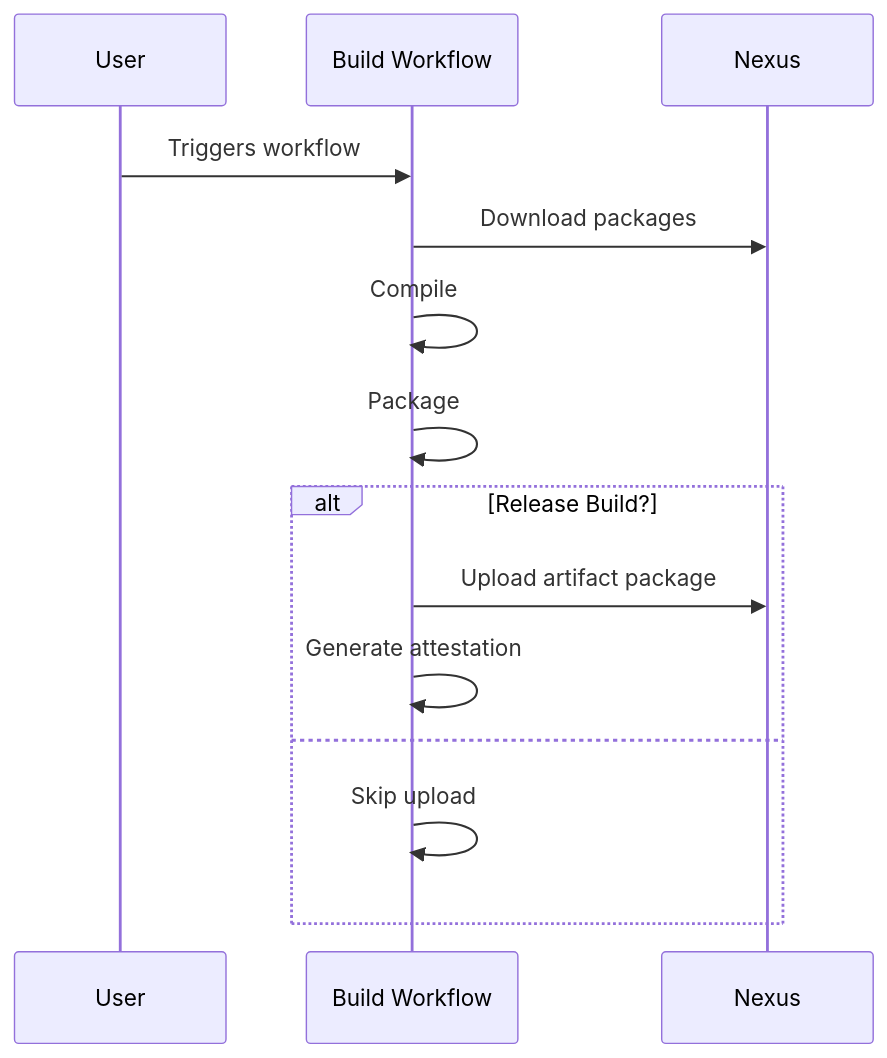
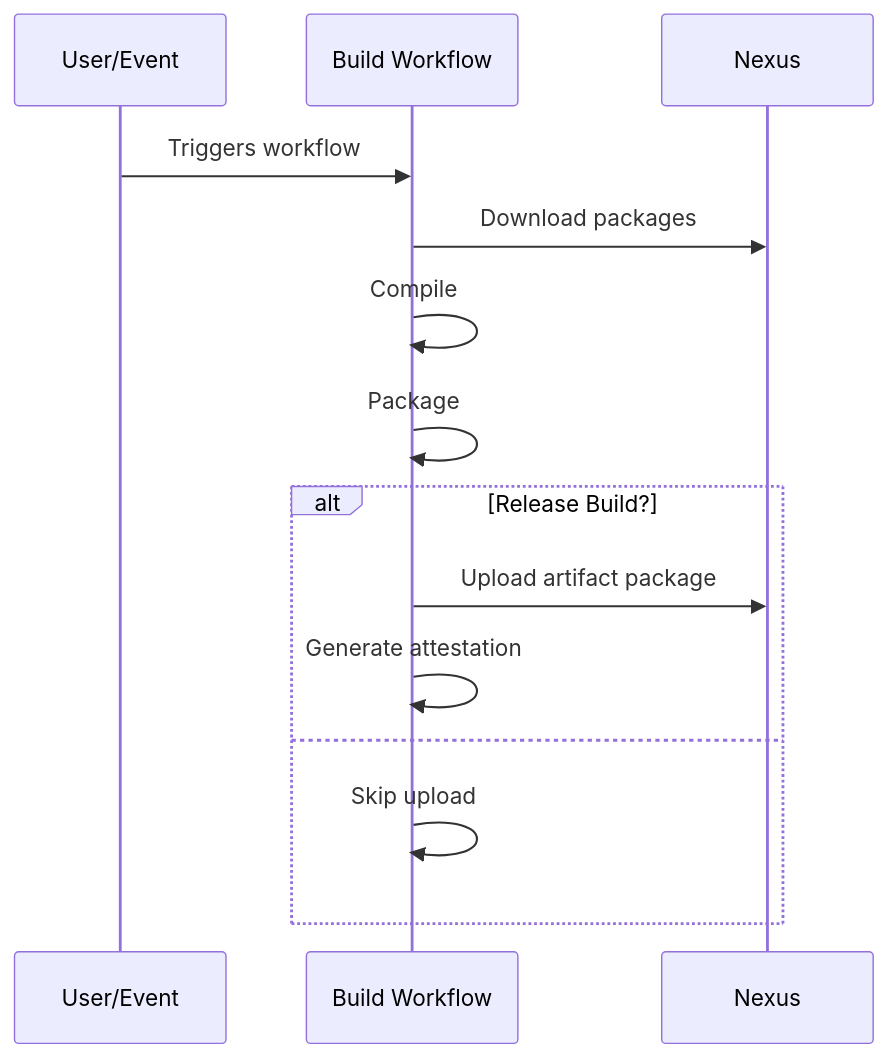
Before and after one commit to devarab1/Diagrams: the first of 4 diagrams in README.md, drawn with Mermaid. The commit also changed other lines of this file, not shown here.

````diff
--- a/README.md
+++ b/README.md
@@ -3,17 +3,17 @@
 ```mermaid
 sequenceDiagram
-    participant User
+    participant User/Event
     participant Build Workflow
     participant Nexus
 
-    User->>Build Workflow: Triggers workflow
+    User/Event->>Build Workflow: Triggers workflow
     Build Workflow->>Nexus: Download packages
     Build Workflow->>Build Workflow: Compile
     Build Workflow->>Build Workflow: Package
     alt Release Build?
         Build Workflow->>Nexus: Upload artifact package
         Build Workflow->>Build Workflow: Generate attestation
     else
         Build Workflow->>Build Workflow: Skip upload
     end
 ```
````
